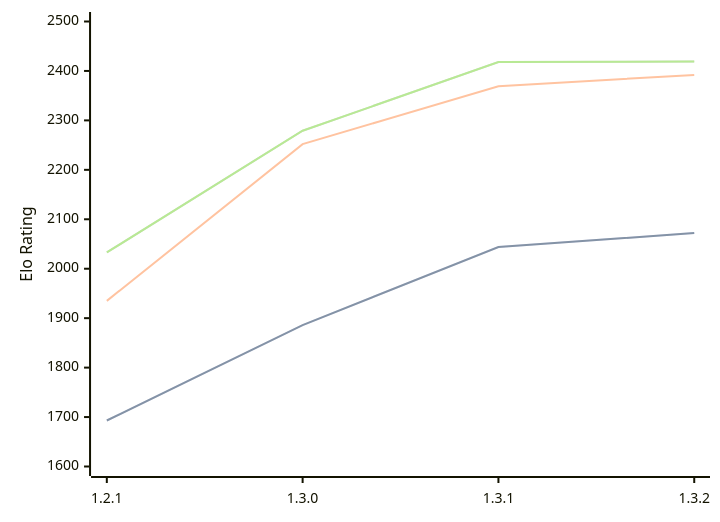
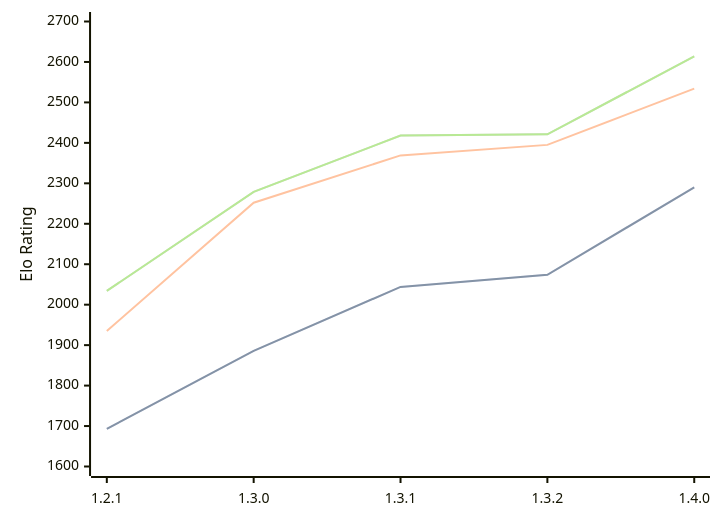
One commit to computer-chess-index/cci changed the diagram in engines/Chal.md. Above: the diagram before and after it, drawn with Mermaid. The commit also changed other lines of this file, not shown here.

Commit message:
Update CCI Ratings (ELO VLTC) - 2026-04-03

````diff
--- a/engines/Chal.md
+++ b/engines/Chal.md
@@ -38,11 +38,11 @@
 ```mermaid
 %%{init: {"theme":"base","themeVariables":{"seriesColors:['#a3a3a3','#222221','#faa371']}}}%%
 xychart-beta
-  x-axis ["1.2.1", "1.3.0", "1.3.1", "1.3.2"]
-  y-axis "Elo Rating" 1600 --> 2500
-  line "STC (8.0+0.08s)" [1693, 1886, 2044, 2072]
-  line "STC (8.0+0.08s)" [1693, 1886, 2044, 2072]
-  line "LTC (60.0+0.60s)" [1935, 2252, 2369, 2392]
-  line "VLTC (2m24s+1.12s)" [2033, 2279, 2418, 2419]
-  line "VLTC (2m24s+1.12s)" [2033, 2279, 2418, 2419]
+  x-axis ["1.2.1", "1.3.0", "1.3.1", "1.3.2", "1.4.0"]
+  y-axis "Elo Rating" 1600 --> 2700
+  line "STC (8.0+0.08s)" [1693, 1886, 2044, 2074, 2290]
+  line "STC (8.0+0.08s)" [1693, 1886, 2044, 2074, 2290]
+  line "LTC (60.0+0.60s)" [1935, 2252, 2369, 2395, 2534]
+  line "VLTC (2m24s+1.12s)" [2034, 2279, 2418, 2421, 2614]
+  line "VLTC (2m24s+1.12s)" [2034, 2279, 2418, 2421, 2614]
 ```
````
